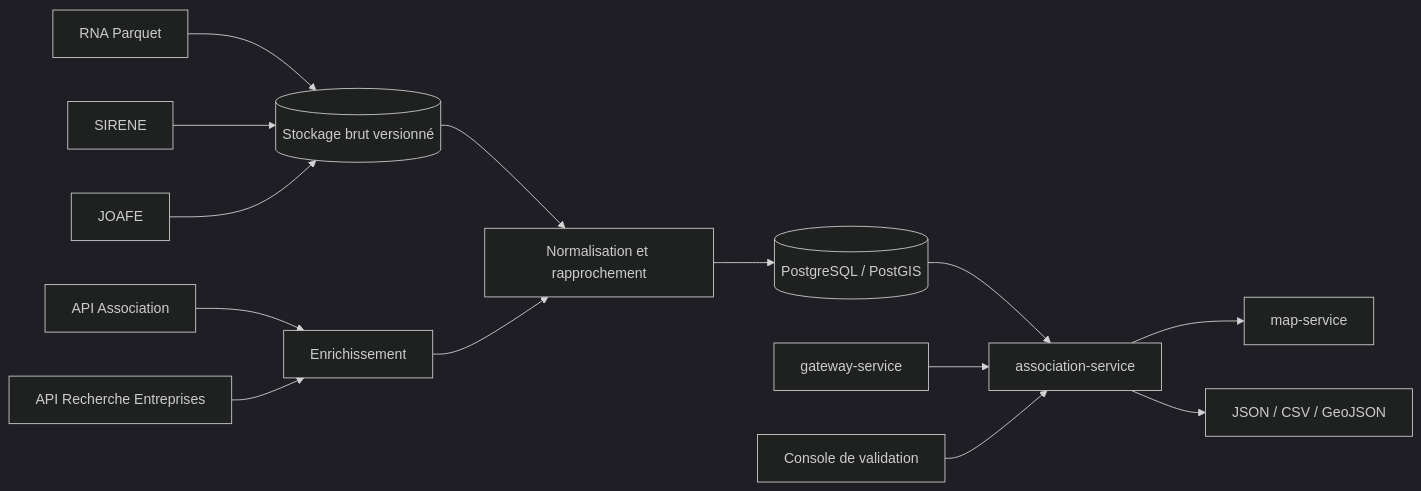
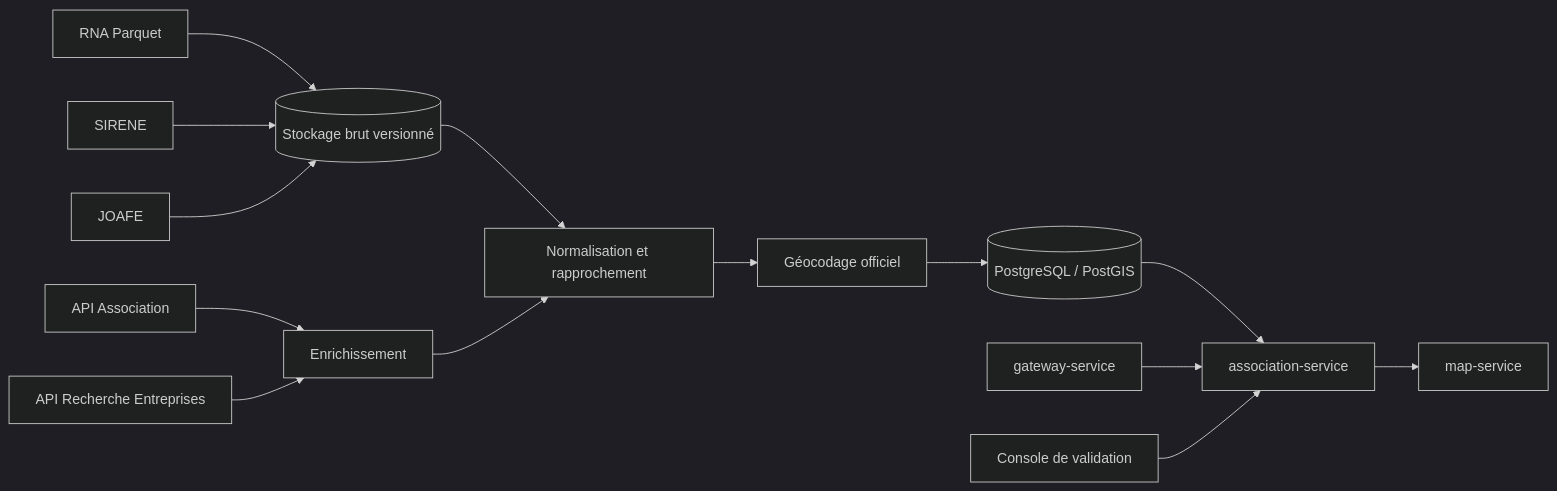
One commit to acastanet/opendataval changed the diagram in doc/microservice/association-service/PLAN_PRODUIT_COMPLET.md. Above: the diagram before and after it, drawn with Mermaid (dark theme). The commit also changed other lines of this file, not shown here.

Commit message:
docs: simplifie le plan complet du service associations

````diff
--- a/doc/microservice/association-service/PLAN_PRODUIT_COMPLET.md
+++ b/doc/microservice/association-service/PLAN_PRODUIT_COMPLET.md
@@ -125,16 +125,16 @@
 ```mermaid
 flowchart LR
   RNA[RNA Parquet] --> Raw[(Stockage brut versionné)]
   SIRENE[SIRENE] --> Raw
   JOAFE[JOAFE] --> Raw
   APIA[API Association] --> Enrich[Enrichissement]
   SearchAPI[API Recherche Entreprises] --> Enrich
   Raw --> Normalize[Normalisation et rapprochement]
   Enrich --> Normalize
-  Normalize --> DB[(PostgreSQL / PostGIS)]
+  Normalize --> Geocode[Géocodage officiel]
+  Geocode --> DB[(PostgreSQL / PostGIS)]
   DB --> Service[association-service]
   Gateway[gateway-service] --> Service
   Service --> Map[map-service]
   Admin[Console de validation] --> Service
-  Service --> Export[JSON / CSV / GeoJSON]
 ```
````
